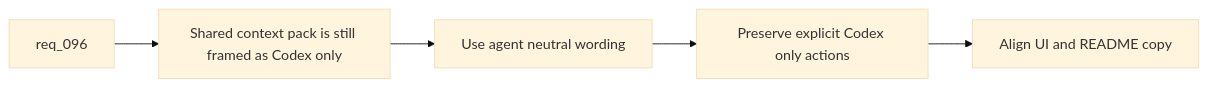
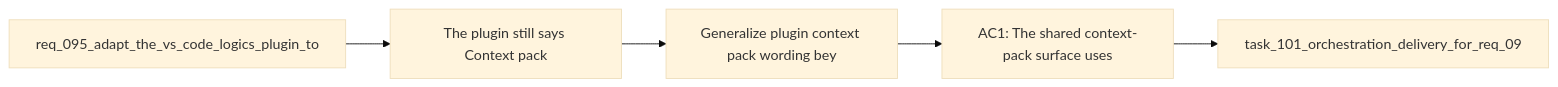
The diagram in logics/backlog/item_161_generalize_plugin_context_pack_wording_beyond_codex_while_preserving_codex_specific_actions.md (AlexAgo83/logics-manager), drawn with Mermaid (base theme) before and after one commit. The commit also changed 481 other files, not shown here.

````diff
--- a/logics/backlog/item_161_generalize_plugin_context_pack_wording_beyond_codex_while_preserving_codex_specific_actions.md
+++ b/logics/backlog/item_161_generalize_plugin_context_pack_wording_beyond_codex_while_preserving_codex_specific_actions.md
@@ -28,9 +28,9 @@
 ```mermaid
 %% logics-kind: backlog
 %% logics-signature: backlog|generalize-plugin-context-pack-wording-b|req-095-adapt-the-vs-code-logics-plugin-|the-plugin-still-says-context-pack|ac1-the-shared-context-pack-surface-uses
 flowchart LR
-    Request[req_096] --> Problem[Shared context pack is still framed as Codex only]
-    Problem --> Neutral[Use agent neutral wording]
-    Neutral --> Preserve[Preserve explicit Codex only actions]
-    Preserve --> Docs[Align UI and README copy]
+    Request[req_095_adapt_the_vs_code_logics_plugin_to] --> Problem[The plugin still says Context pack]
+    Problem --> Scope[Generalize plugin context pack wording bey]
+    Scope --> Acceptance[AC1: The shared context-pack surface uses]
+    Acceptance --> Tasks[task_101_orchestration_delivery_for_req_09]
 ```
````
